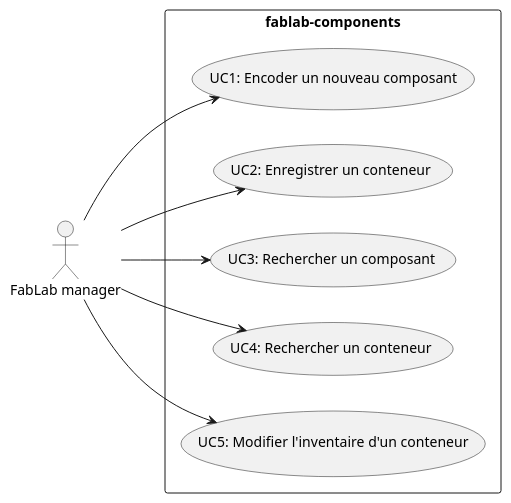
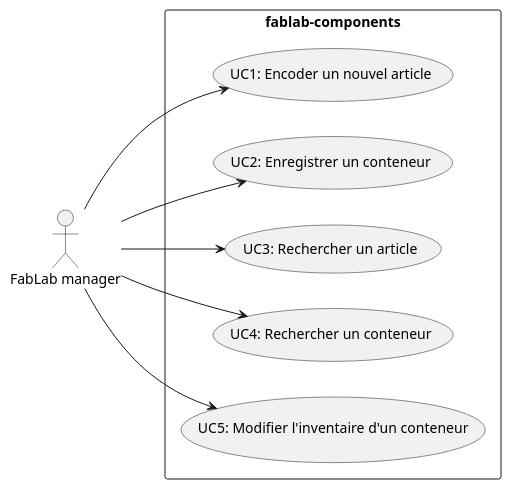
Before and after one commit to IEPSCF-Uccle-PROJWEB2-S1-2021/fablab-components: the diagram in docs/use_cases.puml, drawn with PlantUML. The commit also changed 3 other files, not shown here.

```diff
--- a/docs/use_cases.puml
+++ b/docs/use_cases.puml
@@ -1,20 +1,20 @@
 @startuml usecases
 left to right direction
 
 actor "FabLab manager" as manager
 
 rectangle "fablab-components" {
-  (UC1: Encoder un nouveau composant) as UC1
+  (UC1: Encoder un nouvel article) as UC1
   (UC2: Enregistrer un conteneur) as UC2
-  (UC3: Rechercher un composant) as UC3
+  (UC3: Rechercher un article) as UC3
   (UC4: Rechercher un conteneur) as UC4
   (UC5: Modifier l'inventaire d'un conteneur) as UC5
 }
 
 manager --> UC1
 manager --> UC2
 manager --> UC3
 manager --> UC4
 manager --> UC5
 
 @enduml
```
